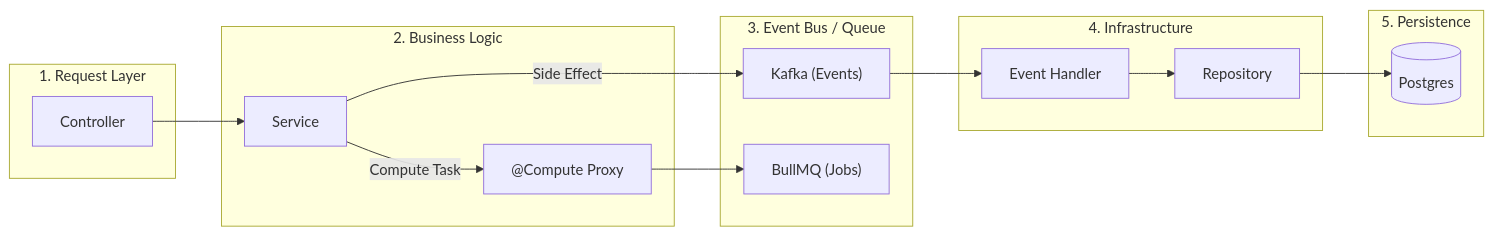
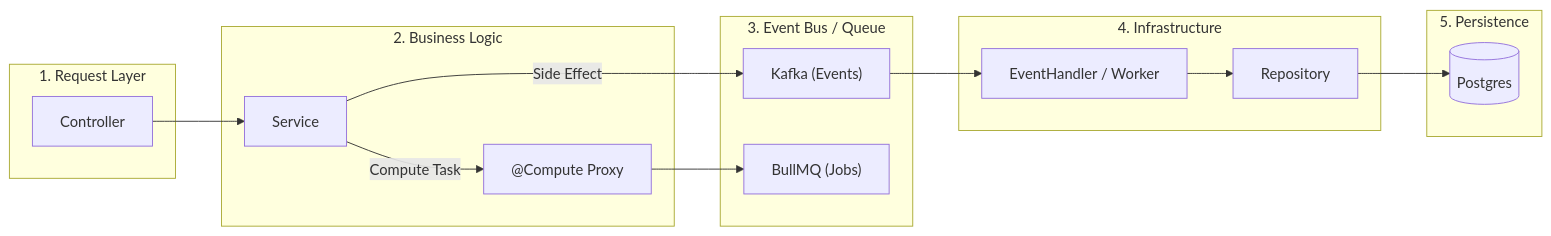
The second of 2 diagrams in README.md (yavarguliyev/express-nest-blueprint), drawn with Mermaid before and after one commit. The commit also changed other lines of this file, not shown here.

Commit message:
docs: refine architecture diagrams and remove SSE/Notification references

````diff
--- a/README.md
+++ b/README.md
@@ -114,33 +110,33 @@
 ```mermaid
 graph LR
     subgraph RequestLayer["1. Request Layer"]
         Ctrl["Controller"]
     end
 
     subgraph DomainLayer["2. Business Logic"]
         Service["Service"]
         Compute["@Compute Proxy"]
     end
 
     subgraph Messaging["3. Event Bus / Queue"]
         Kafka["Kafka (Events)"]
         BullMQ["BullMQ (Jobs)"]
     end
 
     subgraph InfraLayer["4. Infrastructure"]
-        Handler["Event Handler"]
+        Handler["EventHandler / Worker"]
         Repo["Repository"]
     end
 
     subgraph DB["5. Persistence"]
         PG[("Postgres")]
     end
 
     Ctrl --> Service
     Service -- "Side Effect" --> Kafka
     Service -- "Compute Task" --> Compute
     Compute --> BullMQ
     Kafka --> Handler
     Handler --> Repo
     Repo --> PG
 ```
````
